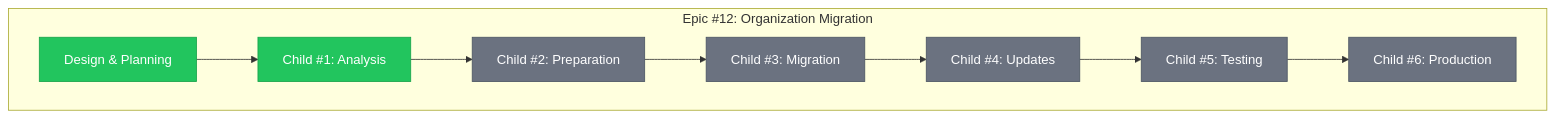
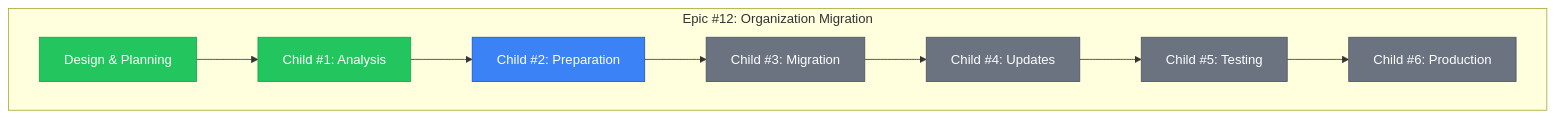
One commit to info-tech-io/info-tech-io.github.io changed the first of 2 diagrams in docs/proposals/epic-12-organization-migration/progress.md. Above: the diagram before and after it, drawn with Mermaid. The commit also changed other lines of this file and 36 other files, not shown here.

````diff
--- a/docs/proposals/epic-12-organization-migration/progress.md
+++ b/docs/proposals/epic-12-organization-migration/progress.md
@@ -12,20 +12,20 @@
 ```mermaid
 graph TD
     subgraph "Epic #12: Organization Migration"
         A[Design & Planning] --> B[Child #1: Analysis]
         B --> C[Child #2: Preparation]
         C --> D[Child #3: Migration]
         D --> E[Child #4: Updates]
         E --> F[Child #5: Testing]
         F --> G[Child #6: Production]
     end
 
     classDef completed fill:#22c55e,stroke:#16a34a,color:#fff
     classDef inProgress fill:#3b82f6,stroke:#1d4ed8,color:#fff
     classDef pending fill:#6b7280,stroke:#4b5563,color:#fff
     classDef blocked fill:#ef4444,stroke:#dc2626,color:#fff
 
     class A,B completed
-    class C pending
+    class C inProgress
     class D,E,F,G pending
 ```
````
